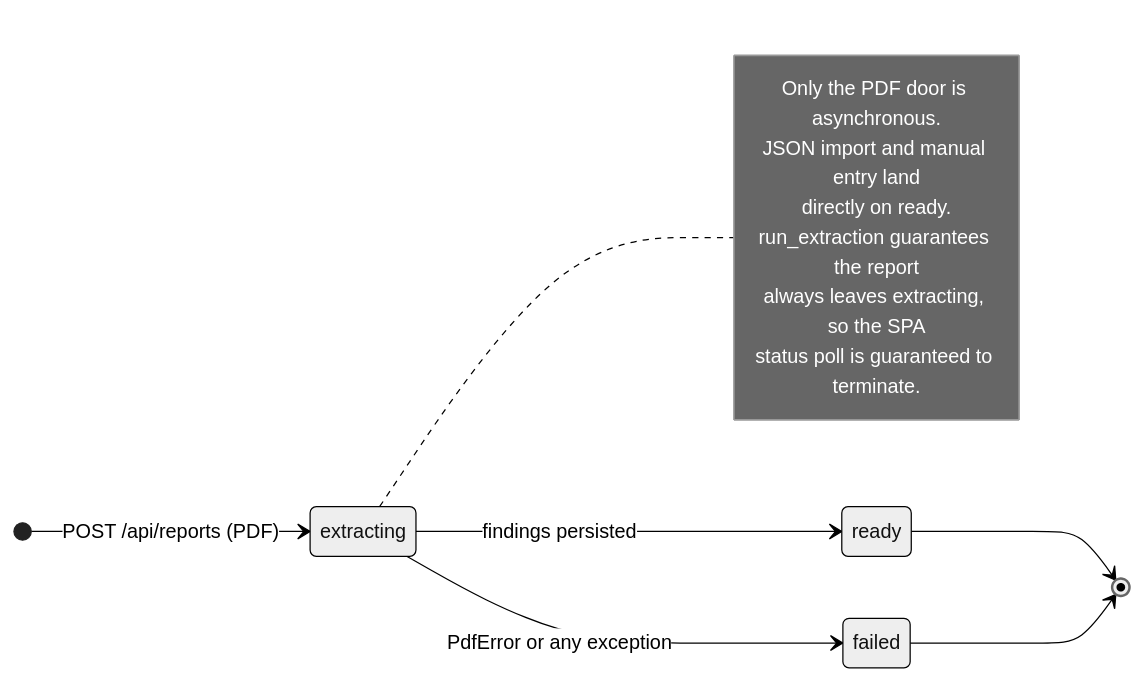
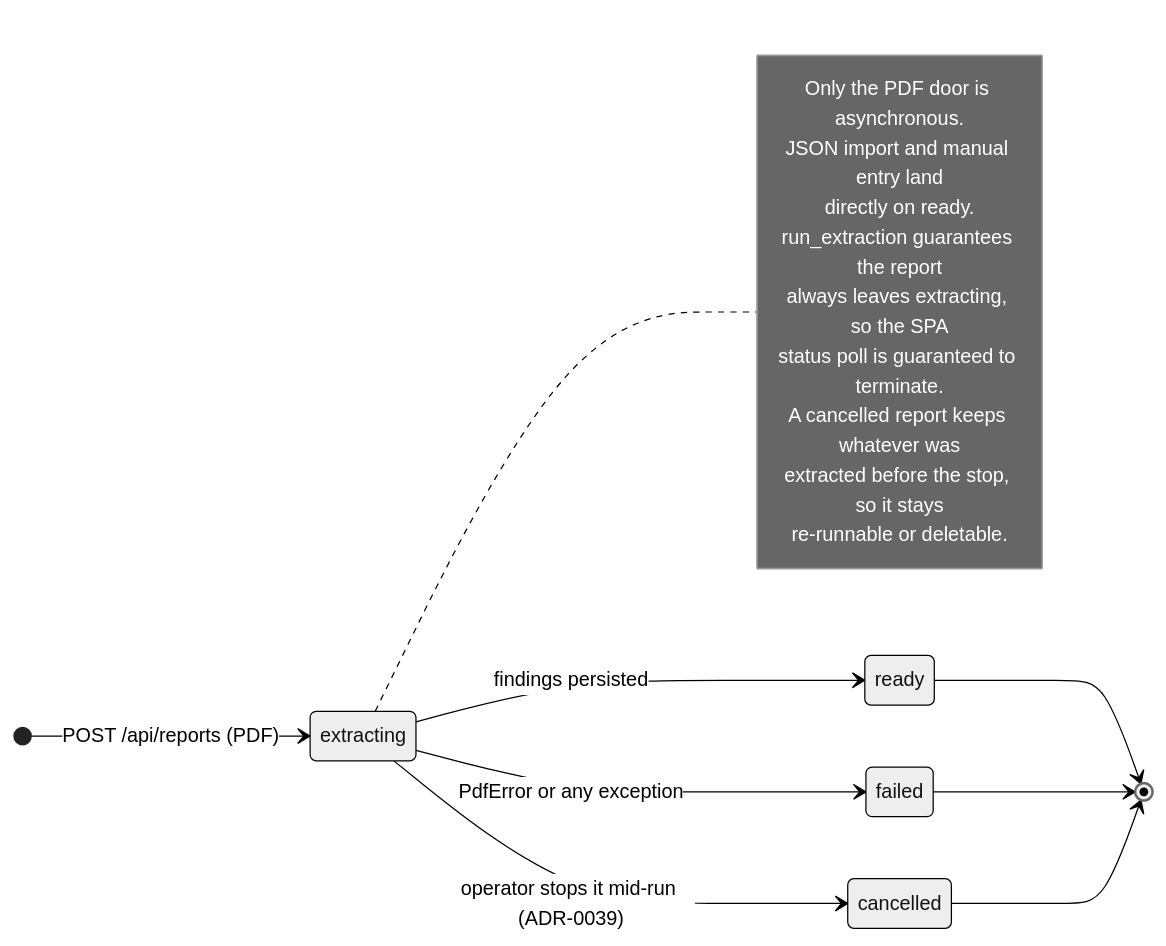
One commit to SelfishCoconut/revalid changed the sixth of 6 diagrams in docs/architecture/data-model.md. Above: the diagram before and after it, drawn with Mermaid (neutral theme). The commit also changed other lines of this file and 57 other files, not shown here.

````diff
--- a/docs/architecture/data-model.md
+++ b/docs/architecture/data-model.md
@@ -282,18 +314,23 @@
 ```mermaid
 stateDiagram-v2
     direction LR
     [*] --> extracting: POST /api/reports (PDF)
     extracting --> ready: findings persisted
     extracting --> failed: PdfError or any exception
+    extracting --> cancelled: operator stops it mid-run (ADR-0039)
     ready --> [*]
     failed --> [*]
+    cancelled --> [*]
 
     note right of extracting
         Only the PDF door is asynchronous.
         JSON import and manual entry land
         directly on ready.
         run_extraction guarantees the report
         always leaves extracting, so the SPA
         status poll is guaranteed to terminate.
+        A cancelled report keeps whatever was
+        extracted before the stop, so it stays
+        re-runnable or deletable.
     end note
 ```
````
